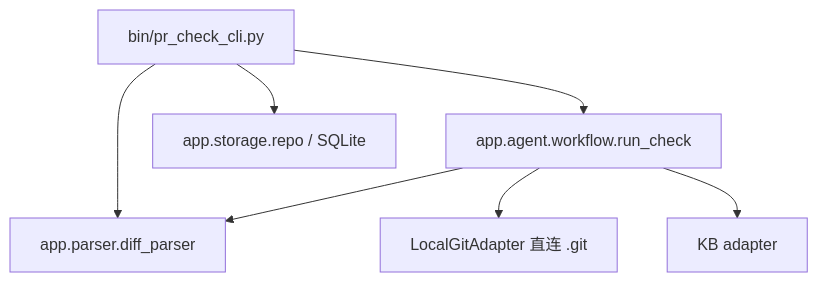
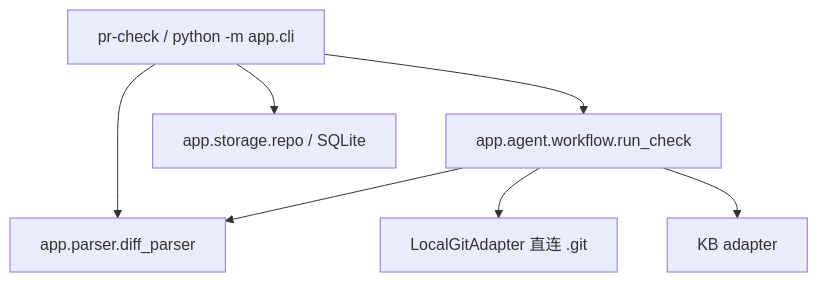
One commit to zihoulaai/PR-CHECK changed the diagram in README.md. Above: the diagram before and after it, drawn with Mermaid. The commit also changed other lines of this file and 15 other files, not shown here.

````diff
--- a/README.md
+++ b/README.md
@@ -163,9 +203,9 @@
 ```mermaid
 flowchart TD
-    CLI[bin/pr_check_cli.py] --> PARSER[app.parser.diff_parser]
+    CLI[pr-check / python -m app.cli] --> PARSER[app.parser.diff_parser]
     CLI --> WF[app.agent.workflow.run_check]
     CLI --> REPO[app.storage.repo / SQLite]
     WF --> LOCAL[LocalGitAdapter 直连 .git]
     WF --> KB[KB adapter]
     WF --> PARSER
 ```
````
